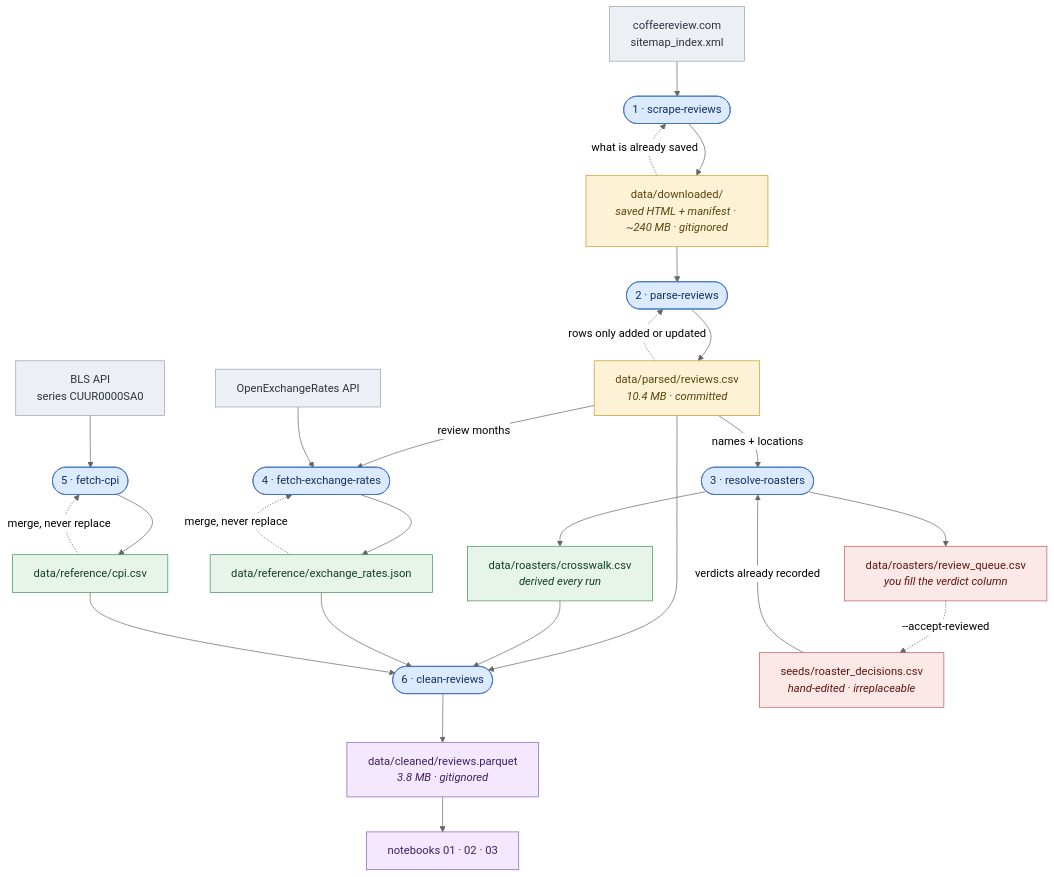
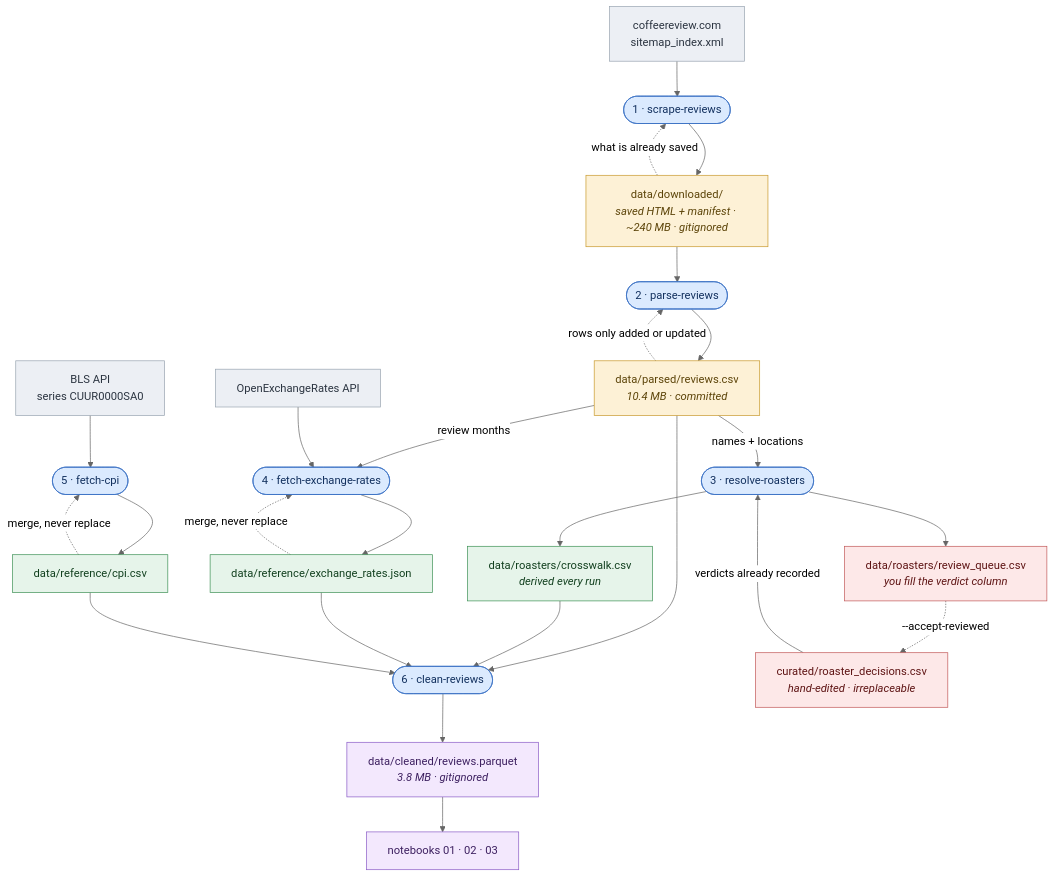
The diagram in docs/data-flow.md (tynardone/coffee-review-analysis), drawn with Mermaid (neutral theme) before and after one commit. The commit also changed other lines of this file and 10 other files, not shown here.

First line of the commit message:
Rename seeds/ to curated/

````diff
--- a/docs/data-flow.md
+++ b/docs/data-flow.md
@@ -6,56 +6,56 @@
 ```mermaid
 flowchart TD
     classDef ext fill:#eceff4,stroke:#9aa5b1,color:#2b3440
     classDef cmd fill:#dbeafe,stroke:#3b72c4,color:#12305e
     classDef data fill:#fdf1d6,stroke:#c99a2e,color:#5c4409
     classDef ref fill:#e6f4ea,stroke:#3f9257,color:#12401f
     classDef out fill:#f3e8fd,stroke:#8b5cc7,color:#3d2060
     classDef human fill:#fde8e8,stroke:#c25a5a,color:#5e1414
 
     SITE["coffeereview.com<br/>sitemap_index.xml"]:::ext
     OXR["OpenExchangeRates API"]:::ext
     BLSAPI["BLS API<br/>series CUUR0000SA0"]:::ext
 
     SCRAPE(["1 · scrape-reviews"]):::cmd
     PARSE(["2 · parse-reviews"]):::cmd
     RESOLVE(["3 · resolve-roasters"]):::cmd
     FXCMD(["4 · fetch-exchange-rates"]):::cmd
     CPICMD(["5 · fetch-cpi"]):::cmd
     CLEAN(["6 · clean-reviews"]):::cmd
 
     DOWNLOADED["data/downloaded/<br/><i>saved HTML + manifest · ~240 MB · gitignored</i>"]:::data
     PARSED["data/parsed/reviews.csv<br/><i>10.4 MB · committed</i>"]:::data
-    DEC["seeds/roaster_decisions.csv<br/><i>hand-edited · irreplaceable</i>"]:::human
+    DEC["curated/roaster_decisions.csv<br/><i>hand-edited · irreplaceable</i>"]:::human
     QUEUE["data/roasters/review_queue.csv<br/><i>you fill the verdict column</i>"]:::human
     XWALK["data/roasters/crosswalk.csv<br/><i>derived every run</i>"]:::ref
     FX["data/reference/exchange_rates.json"]:::ref
     CPI["data/reference/cpi.csv"]:::ref
     CLEANED["data/cleaned/reviews.parquet<br/><i>3.8 MB · gitignored</i>"]:::out
     NB["notebooks 01 · 02 · 03"]:::out
 
     SITE --> SCRAPE --> DOWNLOADED
     DOWNLOADED -. "what is already saved" .-> SCRAPE
     DOWNLOADED --> PARSE --> PARSED
     PARSED -. "rows only added or updated" .-> PARSE
 
     PARSED -- "names + locations" --> RESOLVE
     DEC -- "verdicts already recorded" --> RESOLVE
     RESOLVE --> XWALK
     RESOLVE --> QUEUE
     QUEUE -. "--accept-reviewed" .-> DEC
 
     PARSED -- "review months" --> FXCMD
     OXR --> FXCMD
     FX -. "merge, never replace" .-> FXCMD
     FXCMD --> FX
 
     BLSAPI --> CPICMD
     CPI -. "merge, never replace" .-> CPICMD
     CPICMD --> CPI
 
     PARSED --> CLEAN
     XWALK --> CLEAN
     FX --> CLEAN
     CPI --> CLEAN
     CLEAN --> CLEANED --> NB
 ```
````
